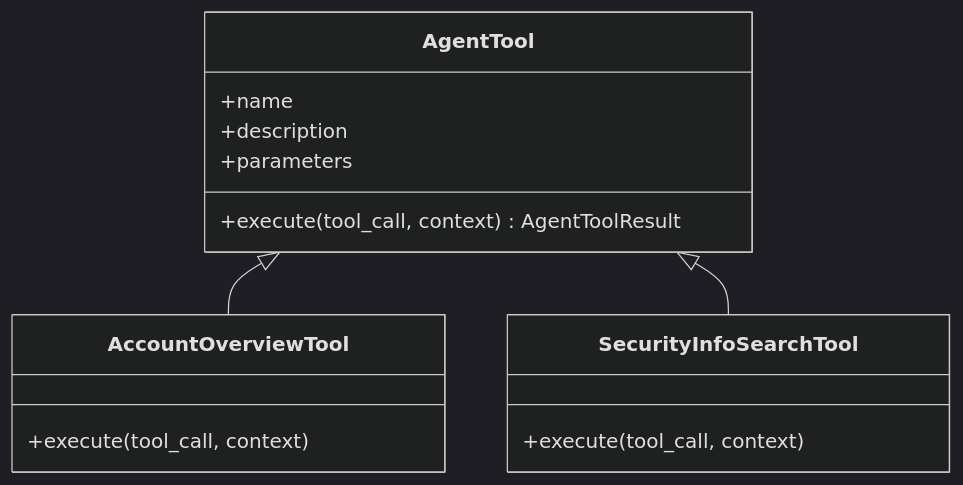
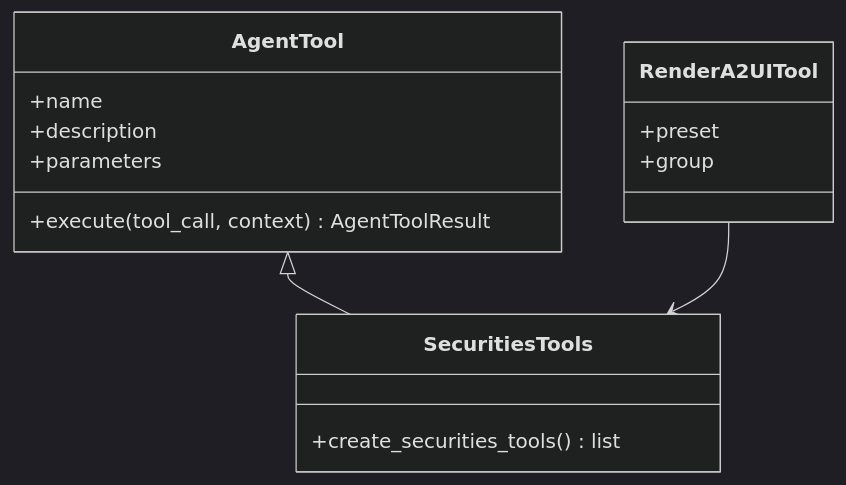
Before and after one commit to YU-JI-KUI/ark-agentic: the fifth of 8 diagrams in repowiki/zh/content/智能体实现/证券智能体/证券智能体.md, drawn with Mermaid (dark theme). The commit also changed other lines of this file and 12 other files, not shown here.

````diff
--- a/repowiki/zh/content/智能体实现/证券智能体/证券智能体.md
+++ b/repowiki/zh/content/智能体实现/证券智能体/证券智能体.md
@@ -173,17 +219,18 @@
 ```mermaid
 classDiagram
 class AgentTool {
 +name
 +description
 +parameters
 +execute(tool_call, context) AgentToolResult
 }
-class AccountOverviewTool {
-+execute(tool_call, context)
+class SecuritiesTools {
++create_securities_tools() list
 }
-class SecurityInfoSearchTool {
-+execute(tool_call, context)
+class RenderA2UITool {
++preset
++group
 }
-AgentTool <|-- AccountOverviewTool
-AgentTool <|-- SecurityInfoSearchTool
+AgentTool <|-- SecuritiesTools
+RenderA2UITool --> SecuritiesTools
 ```
````
